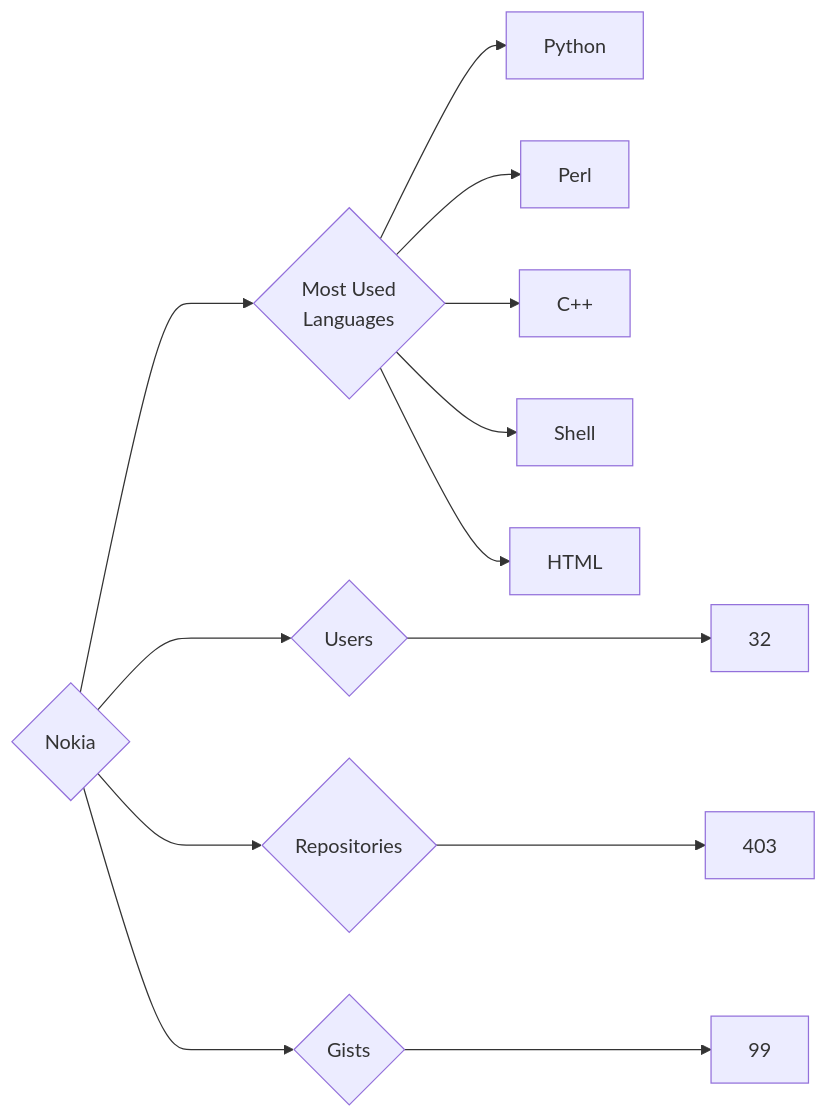
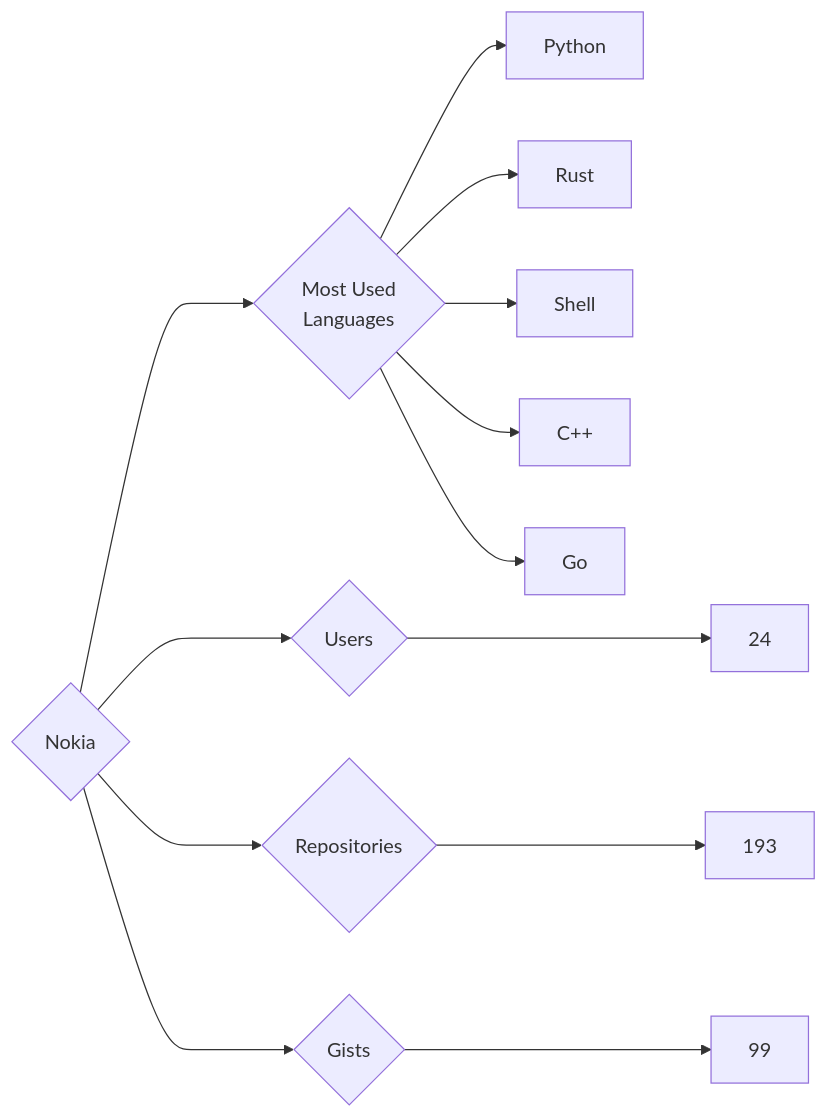
The diagram in targets/Nokia/README.md (trickest/insiders), drawn with Mermaid before and after one commit. The commit also changed 799 other files, not shown here.

````diff
--- a/targets/Nokia/README.md
+++ b/targets/Nokia/README.md
@@ -3,13 +3,13 @@
 ```mermaid
 graph LR
 COMPANY_NAME{Nokia}
-COMPANY_NAME ---> U{Users} ---> UN[32]
-COMPANY_NAME ---> R{Repositories} ---> RN[403]
+COMPANY_NAME ---> U{Users} ---> UN[24]
+COMPANY_NAME ---> R{Repositories} ---> RN[193]
 COMPANY_NAME ---> G{Gists} ---> GN[99]
 COMPANY_NAME ---> ML{Most Used<br>Languages}
 ML --> Python[Python]
-ML --> Perl[Perl]
+ML --> Rust[Rust]
+ML --> Shell[Shell]
 ML --> C++[C++]
-ML --> Shell[Shell]
-ML --> HTML[HTML]
+ML --> Go[Go]
 ```
````
